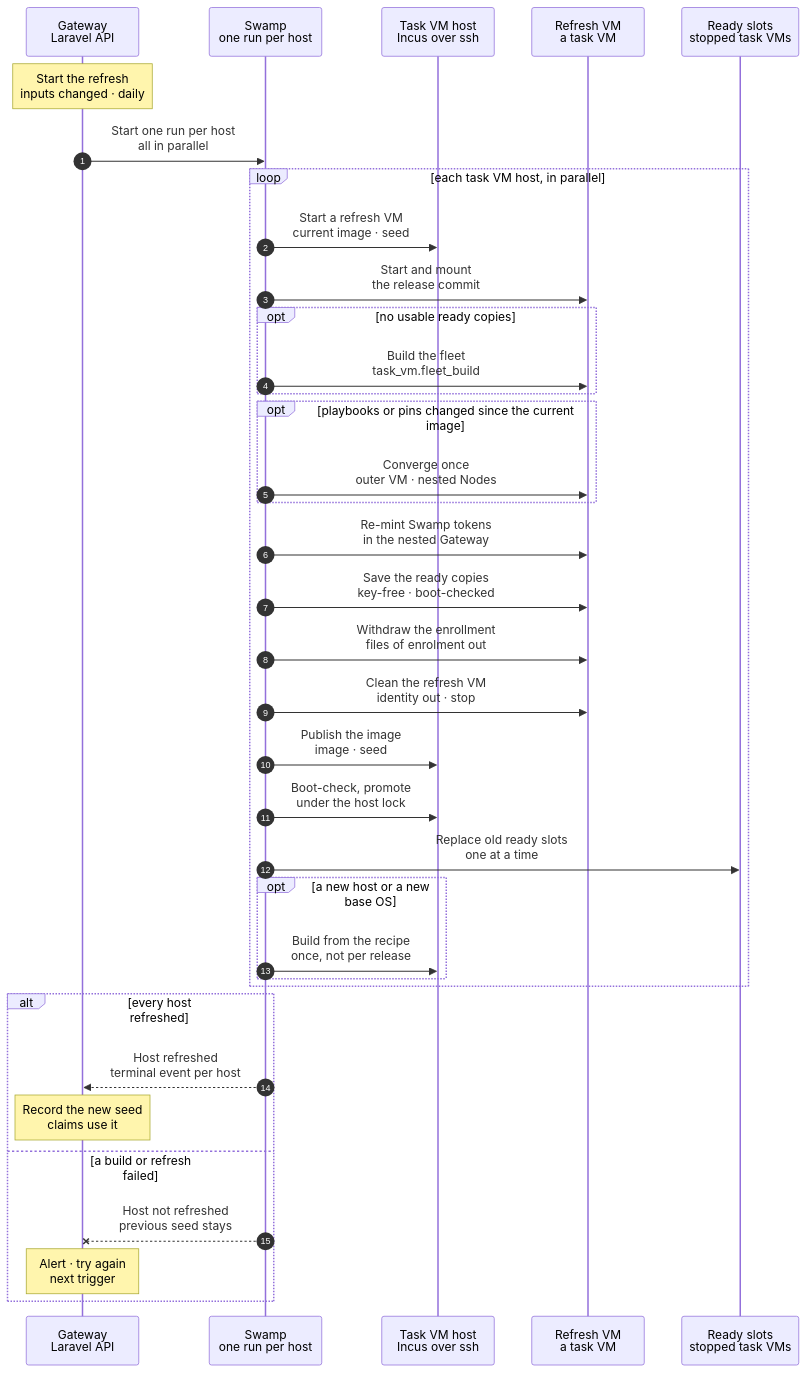
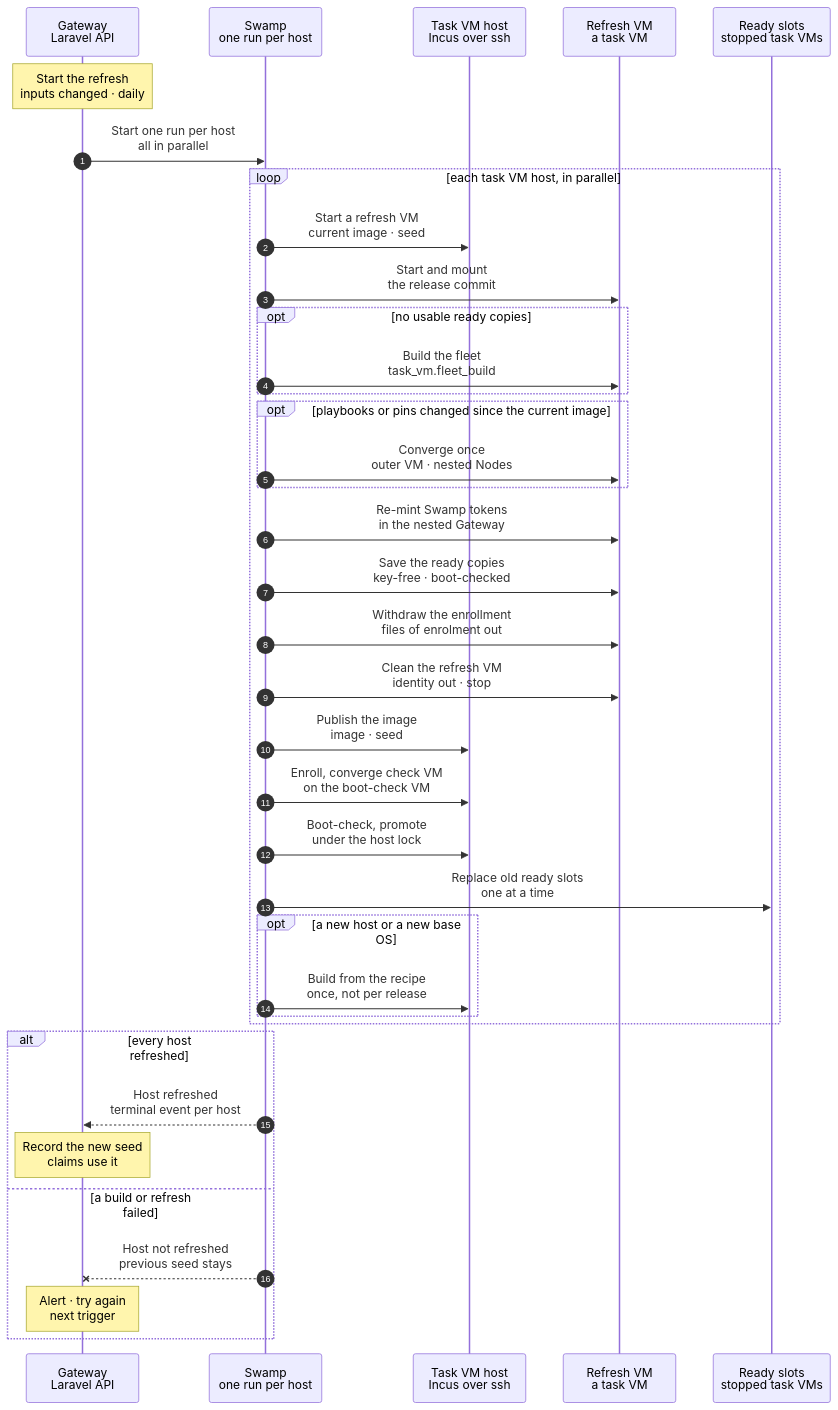
The diagram in docs/reference/pipeline/6-task-image-seed-refresh.mmd (hardimpactdev/orbit), drawn with Mermaid before and after one commit. The commit also changed 2 other files, not shown here.

Commit message:
docs(pipeline): enroll and converge a check VM before the refresh promotes

```diff
--- a/docs/reference/pipeline/6-task-image-seed-refresh.mmd
+++ b/docs/reference/pipeline/6-task-image-seed-refresh.mmd
@@ -1,125 +1,133 @@
 sequenceDiagram
   %% Target design: stage 6 of the command development pipeline (feature-flow section 7). After a release that changed playbooks, pins or lock files, and at least daily, every task VM host brings its current task image and topology seed up to the release, in parallel, and saves them as the new ones: no build from the recipe; ready slots built from the old image are replaced one at a time. Nothing is copied between hosts.
   %% status: draft
   %% command: development pipeline stage 6 · per-host task image and seed refresh
   %% kind: pipeline.6-task-image-seed-refresh
   autonumber
   %% lane GW icon=gateway pill=intent tone=blue
   %% lane SW icon=workflow pill=executes tone=green
   %% lane H icon=server pill=each host tone=amber
   %% lane VM icon=server pill=target tone=gray
   %% lane SL icon=server pill=pool tone=purple
   participant GW as Gateway<br/>Laravel API
   participant SW as Swamp<br/>one run per host
   participant H as Task VM host<br/>Incus over ssh
   participant VM as Refresh VM<br/>a task VM
   participant SL as Ready slots<br/>stopped task VMs
   Note over GW: Start the refresh<br/>inputs changed · daily
   %%> Triggers:
   %%> - a release that went live and passed its check (stage 5), only when it changed what the images carry: playbooks, pins or lock files; a code-only release needs no refresh, because a task mounts its own checkout
   %%> - a daily schedule, so a seed never gets older than a day: the Swamp tokens in the ready copies last 24 hours and a ready copy expires after 20
   %%> Built:
   %%> - both triggers: the release projection admits the run of every Linux task VM host when the release that went live changed playbooks, pins or lock files (a digest over `swamp/ansible`, the recipe folder and the lock files of the release it replaced and of the new one), and a daily Gateway schedule admits every host; an operator runs `php artisan task-vms:refresh-image HOST` or `task-vms:refresh-images`
   %%> - a host with a refresh open returns it, so the two triggers and a retry never start a second run; a host that refuses (an image build runs, no capacity) is skipped until the next trigger
   %%> Built (task_vm.image_refresh, workflow `operation-task-vm-image-refresh`):
   %%> - the run of one host, admitted like `tasks:prep`: a group of its own in the proof Project, placed on that host only, with the whole intent captured in the admission of provision; no step calls the Gateway
   %%> - a repeat admission for a host returns the open run
   %%> Hosts:
   %%> - Linux only: the task VM hosts beast and shark, with Incus
   %%> Requirements per host:
   %%> - an active task VM host with no refresh running and one free large slot for the refresh VM
   %%> - the Gateway has the release commit, GitHub App read access to the repository, and the proof Swamp Club key
   GW->>SW: Start one run per host<br/>all in parallel
   %%> Why:
   %%> - hosts differ in CPU, and a copy between hosts loses the storage sharing inside the seed; so each host refreshes its own
   %%> - a second admission for a host returns the open task
   loop each task VM host, in parallel
     SW->>H: Start a refresh VM<br/>current image · seed
     %%> What it does:
     %%> - starts a task VM from the host's current task image, with a clone of its current topology seed, as for any task
     %%> Built: the child `operation-task-provision`, which does this step and the next; the VM starts from the image the host promoted last, whatever its recipe or age
     %%> Decided by the orchestrator, for Nick's review:
     %%> - the refresh VM keeps the root disk of the host's base VM (20 GiB), not the larger disk of a topology VM, because a published image is as large as its VM's root disk and no VM can be smaller than its image; the first smoke of a 40 GiB image failed on it
     SW->>VM: Start and mount<br/>the release commit
     %%> What it does:
     %%> - checks out the release commit in the refresh VM, with `composer install` and `bun install` where a lock file changed
     %%> - starts the nested fleet from the current ready copies, mounts that checkout over NFS and runs the apply step, as in stage 2
     %%> Built: all of it is the child `task-nested-fleet` of `operation-task-provision` (the mount and apply, the readiness check with Doctor, and the `base` snapshot), so the refresh saves ready copies only from a fleet that passed its readiness check
     opt no usable ready copies
       SW->>VM: Build the fleet<br/>task_vm.fleet_build
       %%> Decided by the orchestrator, for Nick's review:
       %%> - the first refresh of a host whose seed holds no ready copies calls the nested fleet build as a child (chart `docs/cli/tasks/vm-fleet-build.mmd`), which ends by saving ready copies; the refresh then goes on
       %%> Not built: the child is wired when `task_vm.fleet_build` lands
       %%> Decided by the orchestrator, for Nick's review:
       %%> - until then a seed without usable ready copies is refreshed without them: the provision child records `nested_fleet: none`, the run skips the save of ready copies, and the result says `ready_copies: false`; the image still converges to the release and is promoted, and the seed is the copy of the old one
     end
     opt playbooks or pins changed since the current image
       SW->>VM: Converge once<br/>outer VM · nested Nodes
       %%> What it does:
       %%> - image playbooks on the outer VM; role playbooks and pins on the nested Nodes, through the nested Orbit's `node:converge`
       %%> - the same step as in the proof CI (stage 4)
     %%> Decided by the orchestrator, for Nick's review:
     %%> - the run always converges: a VM at the pins reports no change in about a minute, so the Gateway needs no check of what changed; the `opt` stays as the chart of the intent
     %%> Built: the outer VM, as the converge of the provision (`Converge once` of stage 2), which this run reuses instead of a step of its own; the nested Nodes (the nested Orbit's `node:converge` over the NFS mount) are the last piece, with the NFS child of stage 2
     end
     SW->>VM: Re-mint Swamp tokens<br/>in the nested Gateway
     %%> Decided by the orchestrator, for Nick's review:
     %%> - an SSH step into the nested Gateway that runs the product command the fleet build uses to mint its Swamp serve and worker tokens; it is the last piece to wire, because that command does not exist yet
     %%> Why:
     %%> - the tokens of the ready copies last 24 hours, so every refresh starts them fresh
     SW->>VM: Save the ready copies<br/>key-free · boot-checked
     %%> Built: the child `operation-task-vm-ready-copies`, the kind `task_vm.ready_copies`, on the refresh VM
     SW->>VM: Withdraw the enrollment<br/>files of enrolment out
     %%> Decided by the orchestrator, for Nick's review:
     %%> - a step of the refresh before the clean removes what the enrollment installed (the sudoers file `/etc/sudoers.d/orbit`, `authorized_keys2`, the observer binary and unit): an image that holds them makes the enrollment of the next VM fail with `install: No such file or directory`, which the first promoted image on shark did; the smoke is followed by a check that none of them is in the image
     SW->>VM: Clean the refresh VM<br/>identity out · stop
     %%> Decided by the orchestrator, for Nick's review:
     %%> - one explicit clean step before the publication, the workflow `task-vm-image-clean`; the image build's `Clean and stop` calls the same workflow for its builder (`enrolled: false`), so there is one clean step and not two
     %%> - it removes the nested guests and network, the WireGuard key, the observer identity and secret, the Pi token, the model key, the Club key and the checkout, resets the firewall (enrollment denies SSH except from Node 209 over the VPN, so the first smoke could not reach its VM), cloud-init, the machine-id and the SSH host keys, trims the disk and stops the VM
     SW->>H: Publish the image<br/>image · seed
     %%> What it does:
     %%> - stops the nested VMs and copies them into a clone of the seed as the new ready copies, key-free: the proof Club key is deleted, every file is scanned for it, and freed blocks are trimmed
     %%> Proposed 2026-11-05:
     %%> - each ready copy is self-contained: its `.env`, storage, `bootstrap/cache` and database stay on its own disk; it holds no checkout, because every task VM mounts its own
     %%> - stores the nested network with the copies: the subnet, and each Node's NIC MAC and address
     %%> - removes the refresh VM's WireGuard key from the operator Node record, so a new task VM joins with its own key (stage 2)
     %%> - publishes the outer VM as the new task image
+    SW->>H: Enroll, converge check VM<br/>on the boot-check VM
+    %%> Decided by the orchestrator, for Nick's review:
+    %%> - a release can trigger a refresh with nobody watching, and a refresh starts from the image the host serves, so one bad image would reach every later provision; the candidate is therefore enrolled and converged before it is promoted
+    %%> - on the throwaway VM of the boot check, after its check phase, the run enrolls the guest with the same bootstrap steps as an enrollment (account, key, sudoers file, observer install and verify), then converges it to the pins with the phases `software`, `tools` and `check`
+    %%> - the bootstrap steps are one child workflow, `task-vm-bootstrap`, which `task-vm-enrollment` calls too, so the check and a real enrollment cannot drift apart
+    %%> - the promotion waits for both steps; a candidate that cannot be enrolled or converged promotes nothing
+    %%> Not covered:
+    %%> - the WireGuard peer, the observer start and the nested fleet: they need a Gateway-admitted Node, so the next provision is their check
     SW->>H: Boot-check, promote<br/>under the host lock
     %%> Built: the smoke is the child `task-vm-image-smoke` and the alias move is the child `task-vm-image-promote`, the same children as the image build
     %%> Decided by the orchestrator, for Nick's review:
     %%> - the new image has a new fingerprint, and a seed is named from its image, so the new seed is a copy of the refresh VM's seed disk under the new name (`zfs promote` after the copy, so refreshes form no clone chain); the old image and the old seed stay under their own names, and the old image keeps the alias `-previous`, which is the rollback copy
     %%> - the Gateway records the new image as the host's latest promoted build when the run ends, then cancels the group of the run, which destroys the refresh VM
     %%> What it does:
     %%> - boots a throwaway copy of each ready copy and of the image to check them, then promotes both and destroys the refresh VM
     %%> - keeps the old image and seed as `-previous`, the rollback copy; cleanup always runs
     %%> - a failed step keeps the old image and seed: the clean, and with it the publication and the promotion, run only after the VM step passed, so a VM whose fleet failed its readiness check promotes nothing
     %%> Not built:
     %%> - the whole refresh from a running task VM; today the seed refresh boots a builder from the image and has no topology build or ready copies (the old reset was removed), and the image is built from the recipe
     SW->>SL: Replace old ready slots<br/>one at a time
     %%> Target, not built:
     %%> - destroys a ready slot made from the old image, enrols a new one from the new image, then takes the next
     %%> - a slot is always ready; a slot in use keeps running on its own clone
     %%> - when the image did not change, nothing is replaced
     opt a new host or a new base OS
       SW->>H: Build from the recipe<br/>once, not per release
       %%> What it does:
       %%> - builds the task image from the stock image with the recipe phases (`task_vm.image_build`) and the first seed (`task_vm.seed_refresh`)
       %%> - every later release only brings these up to date
     end
   end
   alt every host refreshed
     SW-->>GW: Host refreshed<br/>terminal event per host
     %%> What it does:
     %%> - each host reports its own result; one slow host does not hold the others
     Note over GW: Record the new seed<br/>claims use it
     %%> Result:
     %%> - the next task VM and the next proof start from the new seed, which holds the running release
     %%> - no fleet test follows; the seed is checked only by its own throwaway boot
   else a build or refresh failed
     SW--xGW: Host not refreshed<br/>previous seed stays
     %%> On failure:
     %%> - the failed step is named; the host keeps the image and seed it had, and the next trigger tries again
     Note over GW: Alert · try again<br/>next trigger
     %%> Result:
     %%> - the host keeps the image and seed it had; the other hosts are not affected
   end
```
